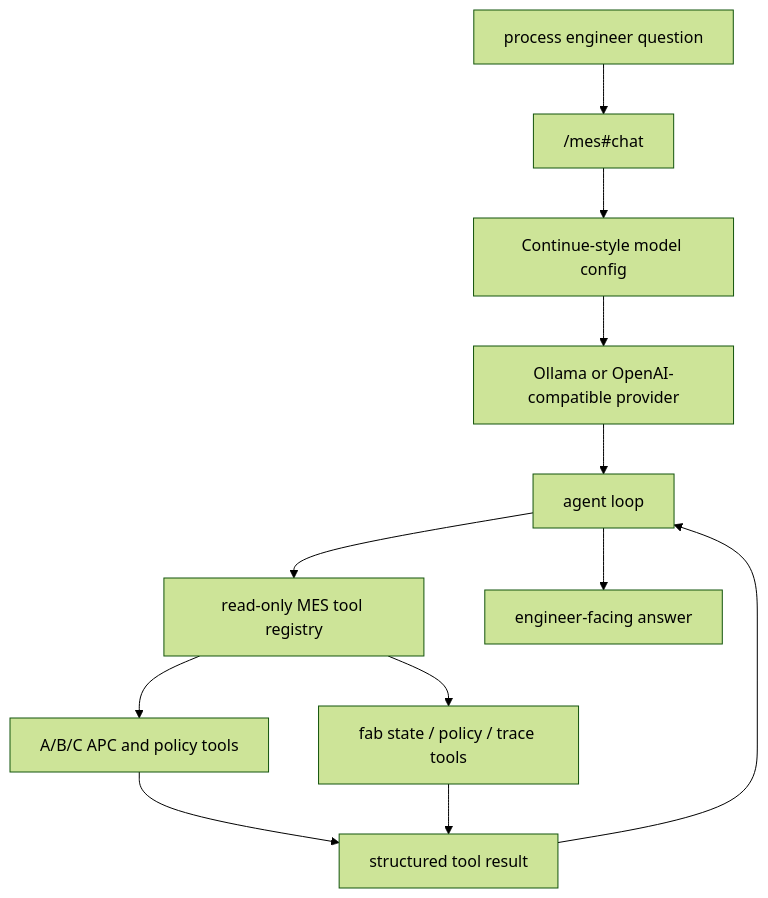
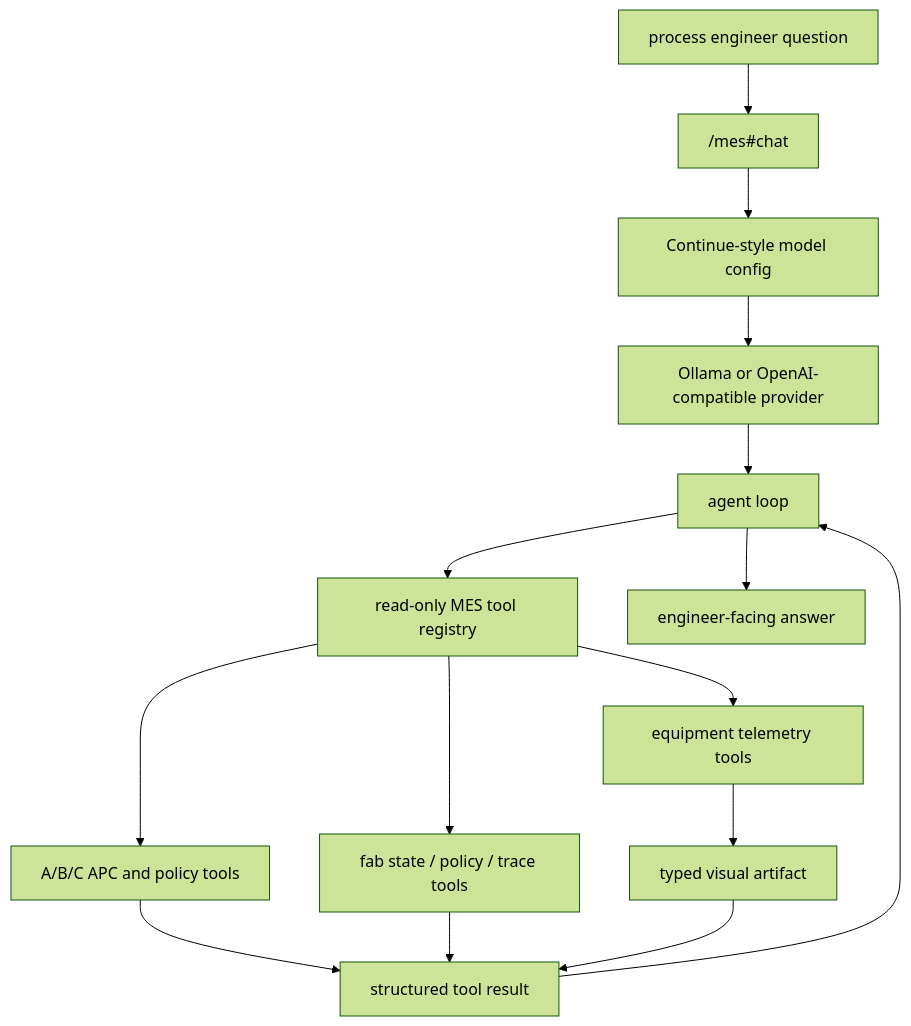
The first of 2 diagrams in docs/ai-mes/09_PROCESS_APC_MCP_AGENT.md (hongseong0314/batch_scheduling_sim), drawn with Mermaid (forest theme) before and after one commit. The commit also changed other lines of this file and 24 other files, not shown here.

````diff
--- a/docs/ai-mes/09_PROCESS_APC_MCP_AGENT.md
+++ b/docs/ai-mes/09_PROCESS_APC_MCP_AGENT.md
@@ -84,14 +84,17 @@
 ```mermaid
 flowchart TD
   User["process engineer question"] --> ChatUI["/mes#chat"]
   ChatUI --> ModelConfig["Continue-style model config"]
   ModelConfig --> Provider["Ollama or OpenAI-compatible provider"]
   Provider --> AgentLoop["agent loop"]
   AgentLoop --> Registry["read-only MES tool registry"]
   Registry --> APC["A/B/C APC and policy tools"]
   Registry --> Runtime["fab state / policy / trace tools"]
+  Registry --> Visual["equipment telemetry tools"]
   APC --> ToolResult["structured tool result"]
   Runtime --> ToolResult
+  Visual --> Artifact["typed visual artifact"]
+  Artifact --> ToolResult
   ToolResult --> AgentLoop
   AgentLoop --> Answer["engineer-facing answer"]
 ```
````
